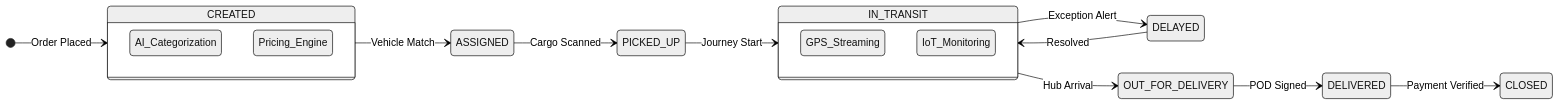
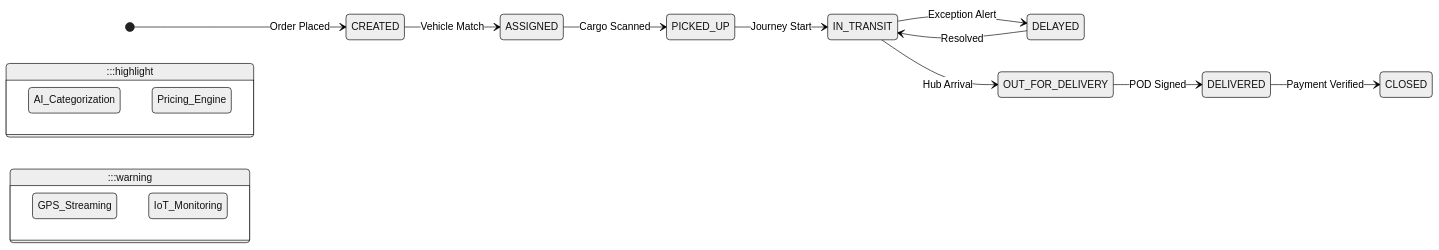
The second of 6 diagrams in COMPREHENSIVE_REPORT.md (saahil-007/JSHS_Logistics), drawn with Mermaid (neutral theme) before and after one commit. The commit also changed other lines of this file, not shown here.

````diff
--- a/COMPREHENSIVE_REPORT.md
+++ b/COMPREHENSIVE_REPORT.md
@@ -96,25 +97,35 @@
 ```mermaid
 stateDiagram-v2
     direction LR
+    
+    %% Style Definitions
+    classDef highlight fill:#2563eb,color:#fff,font-weight:bold
+    classDef success fill:#059669,color:#fff
+    classDef warning fill:#d97706,color:#fff
+    classDef danger fill:#dc2626,color:#fff
+
     [*] --> CREATED: Order Placed
     CREATED --> ASSIGNED: Vehicle Match
     ASSIGNED --> PICKED_UP: Cargo Scanned
     PICKED_UP --> IN_TRANSIT: Journey Start
     IN_TRANSIT --> DELAYED: Exception Alert
     DELAYED --> IN_TRANSIT: Resolved
     IN_TRANSIT --> OUT_FOR_DELIVERY: Hub Arrival
     OUT_FOR_DELIVERY --> DELIVERED: POD Signed
     DELIVERED --> CLOSED: Payment Verified
     
-    state CREATED {
+    state CREATED :::highlight {
         direction TB
         AI_Categorization
         Pricing_Engine
     }
     
-    state IN_TRANSIT {
+    state IN_TRANSIT :::warning {
         direction TB
         GPS_Streaming
         IoT_Monitoring
     }
+
+    state DELIVERED :::success
+    state DELAYED :::danger
 ```
````
